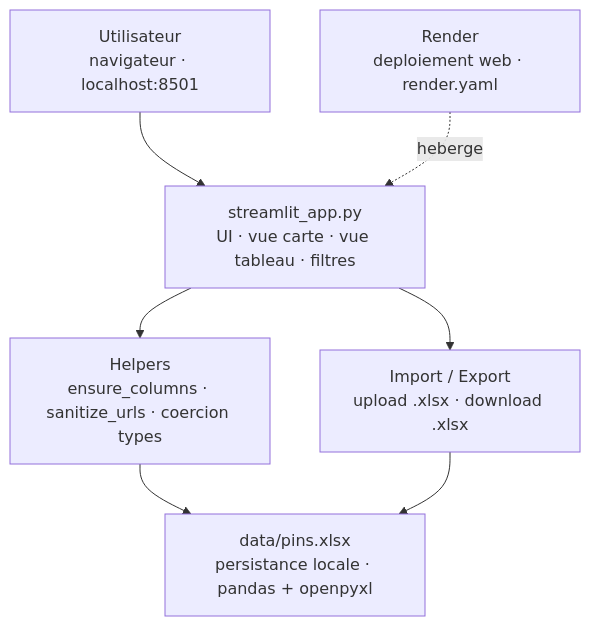
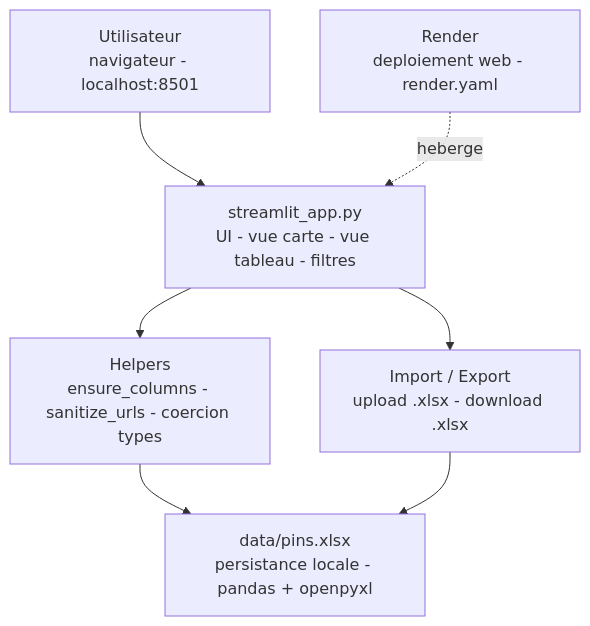
The diagram in README.md (Adam-Blf/pin-collector), drawn with Mermaid before and after one commit. The commit also changed other lines of this file, not shown here.

Commit message:
docs: typography pass, no em dash or middle dot (#2)

````diff
--- a/README.md
+++ b/README.md
@@ -18,14 +18,14 @@
 ```mermaid
 flowchart TB
-    USER["Utilisateur<br/>navigateur · localhost:8501"]
-    APP["streamlit_app.py<br/>UI · vue carte · vue tableau · filtres"]
-    HELPERS["Helpers<br/>ensure_columns · sanitize_urls · coercion types"]
-    EXCEL["data/pins.xlsx<br/>persistance locale · pandas + openpyxl"]
-    IO["Import / Export<br/>upload .xlsx · download .xlsx"]
-    RENDER["Render<br/>deploiement web · render.yaml"]
+    USER["Utilisateur<br/>navigateur - localhost:8501"]
+    APP["streamlit_app.py<br/>UI - vue carte - vue tableau - filtres"]
+    HELPERS["Helpers<br/>ensure_columns - sanitize_urls - coercion types"]
+    EXCEL["data/pins.xlsx<br/>persistance locale - pandas + openpyxl"]
+    IO["Import / Export<br/>upload .xlsx - download .xlsx"]
+    RENDER["Render<br/>deploiement web - render.yaml"]
 
     USER --> APP --> HELPERS --> EXCEL
     APP --> IO
     IO --> EXCEL
     RENDER -.heberge.-> APP
 ```
````
